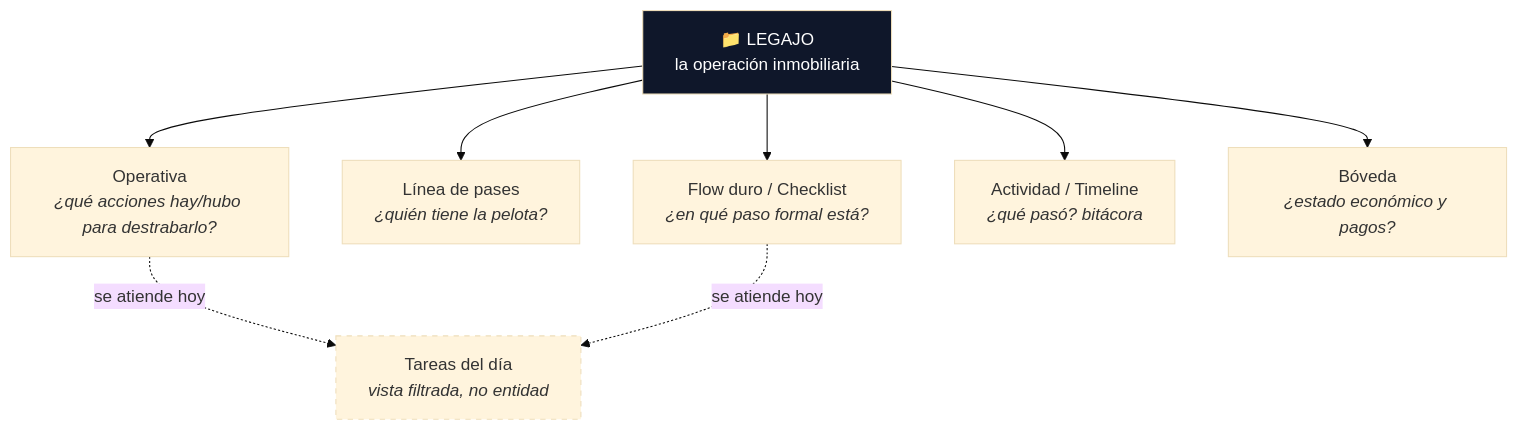
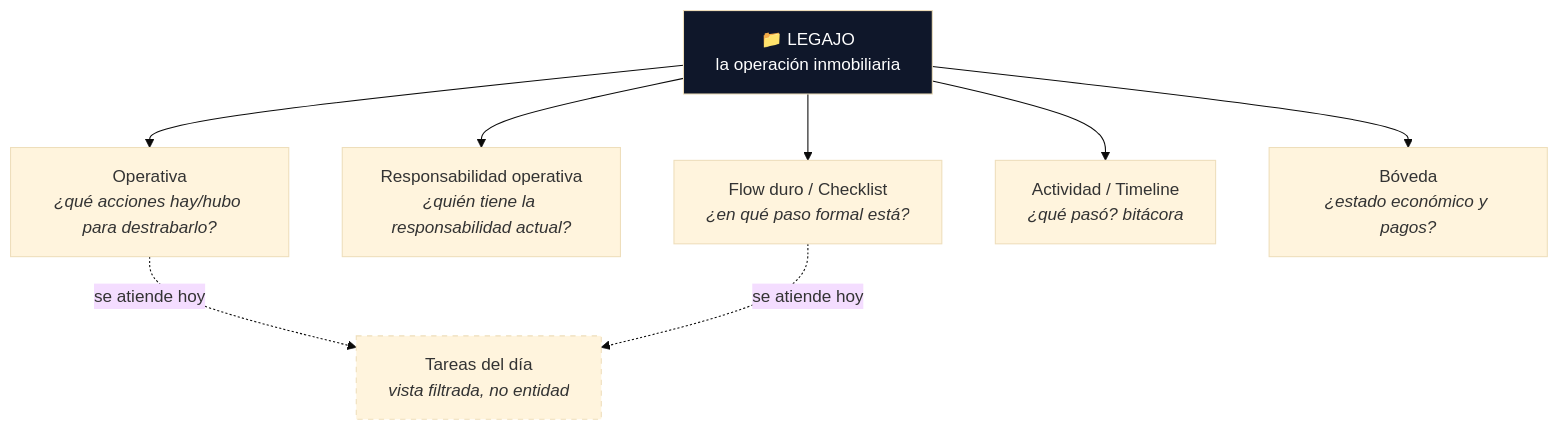
One commit to aletmv/mprop-panel changed the first of 3 diagrams in memory/SYSTEM_OVERVIEW.md. Above: the diagram before and after it, drawn with Mermaid (base theme). The commit also changed other lines of this file and 2 other files, not shown here.

````diff
--- a/memory/SYSTEM_OVERVIEW.md
+++ b/memory/SYSTEM_OVERVIEW.md
@@ -25,16 +25,16 @@
 ```mermaid
 graph TD
     L["📁 LEGAJO<br/>la operación inmobiliaria"]
 
     L --> FD["Flow duro / Checklist<br/><i>¿en qué paso formal está?</i>"]
-    L --> LP["Línea de pases<br/><i>¿quién tiene la pelota?</i>"]
+    L --> LP["Responsabilidad operativa<br/><i>¿quién tiene la responsabilidad actual?</i>"]
     L --> OP["Operativa<br/><i>¿qué acciones hay/hubo para destrabarlo?</i>"]
     L --> AC["Actividad / Timeline<br/><i>¿qué pasó? bitácora</i>"]
     L --> BV["Bóveda<br/><i>¿estado económico y pagos?</i>"]
 
     OP -. "se atiende hoy" .-> TD["Tareas del día<br/><i>vista filtrada, no entidad</i>"]
     FD -. "se atiende hoy" .-> TD
 
     style L fill:#0f172a,color:#fff
     style TD stroke-dasharray: 5 5
 ```
````
